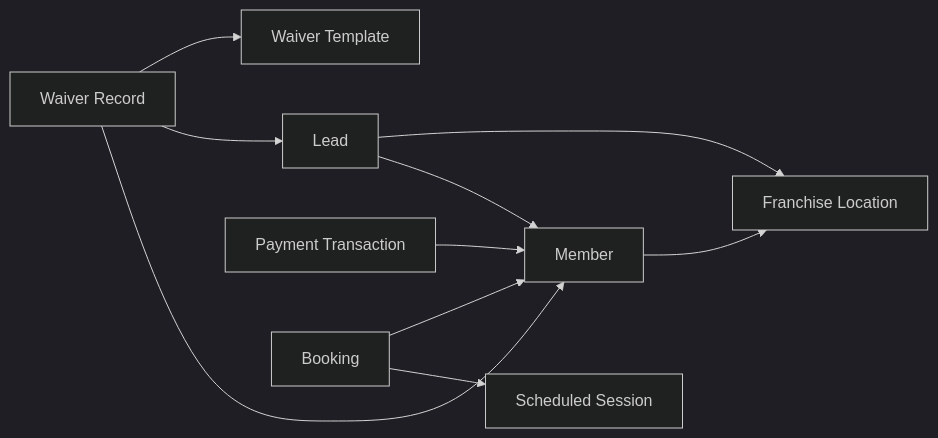
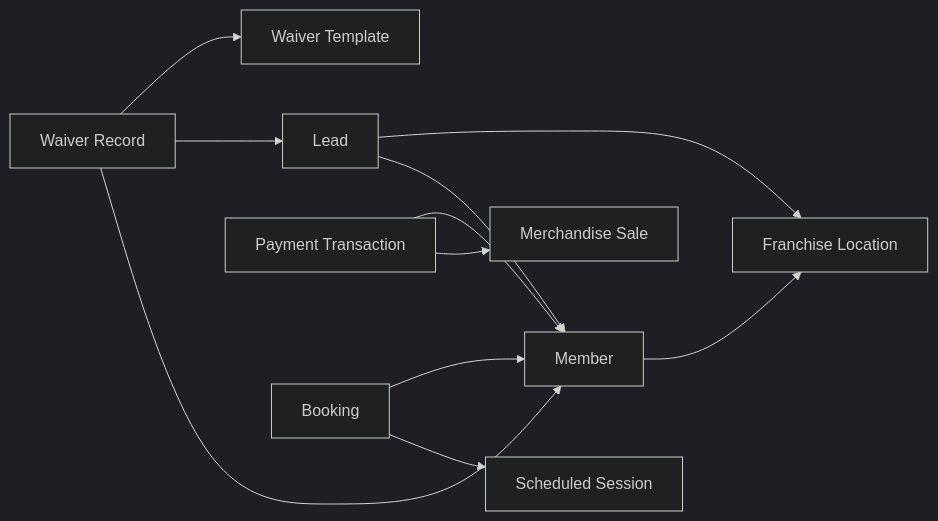
Before and after one commit to chicken-tights-labs/sf-headless-crm: the second of 2 diagrams in docs/EPIC-11_D005_API_Documentation.md, drawn with Mermaid (dark theme). The commit also changed other lines of this file and 1 other file, not shown here.

````diff
--- a/docs/EPIC-11_D005_API_Documentation.md
+++ b/docs/EPIC-11_D005_API_Documentation.md
@@ -113,21 +134,23 @@
 ```mermaid
 flowchart LR
   location[Franchise Location]
   lead[Lead]
   member[Member]
   waiver[Waiver Record]
   template[Waiver Template]
   payment[Payment Transaction]
+  sale[Merchandise Sale]
   booking[Booking]
   session[Scheduled Session]
 
   lead --> location
   lead --> member
   member --> location
   waiver --> template
   waiver --> lead
   waiver --> member
   payment --> member
+  payment --> sale
   booking --> member
   booking --> session
 ```
````
